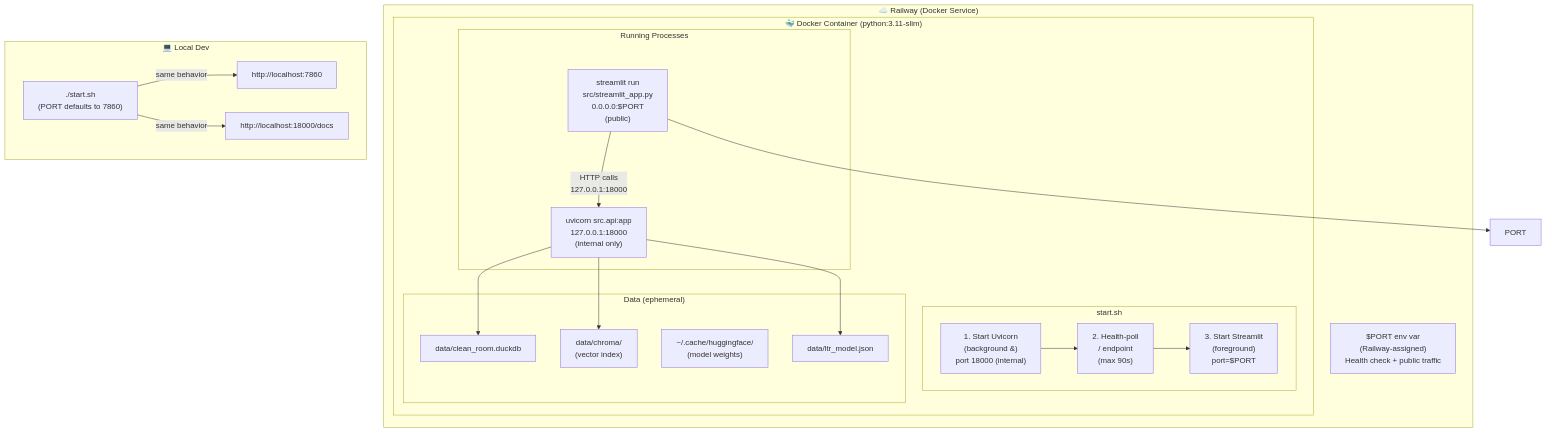
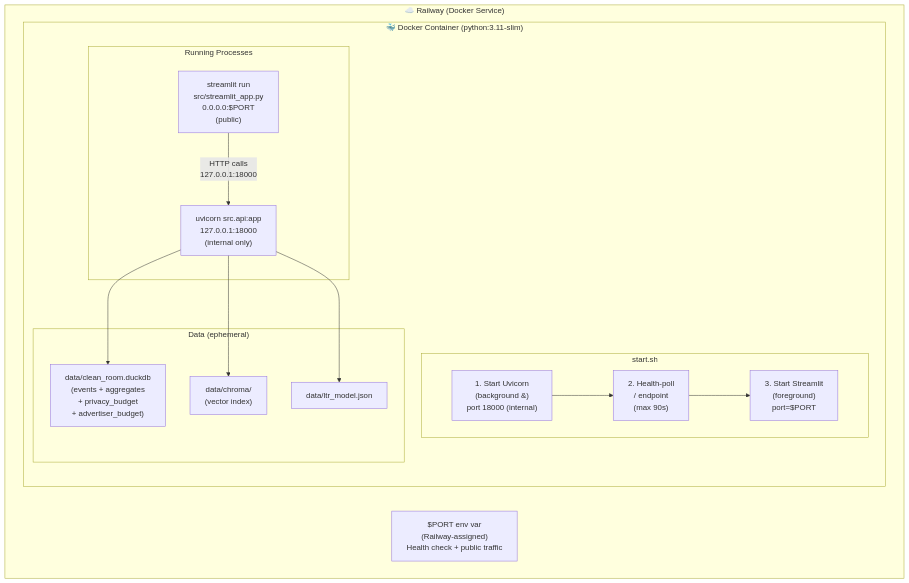
The eighth of 8 diagrams in README.md (shubham0915/rmn-shyftlabs), drawn with Mermaid before and after one commit. The commit also changed other lines of this file and 4 other files, not shown here.

````diff
--- a/README.md
+++ b/README.md
@@ -273,42 +363,31 @@
 ```mermaid
 flowchart TB
     subgraph RAILWAY["☁️ Railway (Docker Service)"]
         subgraph DOCKER["🐳 Docker Container (python:3.11-slim)"]
             subgraph STARTUP["start.sh"]
                 S1["1. Start Uvicorn\n(background &)\nport 18000 (internal)"]
                 S2["2. Health-poll\n/  endpoint\n(max 90s)"]
                 S3["3. Start Streamlit\n(foreground)\nport=$PORT"]
                 S1 --> S2 --> S3
             end
 
             subgraph PROCS["Running Processes"]
                 UVICORN["uvicorn src.api:app\n127.0.0.1:18000\n(internal only)"]
                 STREAMLIT["streamlit run\nsrc/streamlit_app.py\n0.0.0.0:$PORT\n(public)"]
             end
 
             subgraph VOLUMES["Data (ephemeral)"]
-                DUCKDB_F["data/clean_room.duckdb"]
+                DUCKDB_F["data/clean_room.duckdb\n(events + aggregates\n+ privacy_budget\n+ advertiser_budget)"]
                 CHROMA_F["data/chroma/\n(vector index)"]
-                MODEL_F["~/.cache/huggingface/\n(model weights)"]
                 XGB_F["data/ltr_model.json"]
             end
         end
 
         PORT_ENV["$PORT env var\n(Railway-assigned)\nHealth check + public traffic"]
     end
 
-    subgraph LOCAL["💻 Local Dev"]
-        SH["./start.sh\n(PORT defaults to 7860)"]
-        LOCAL_UI["http://localhost:7860"]
-        LOCAL_API["http://localhost:18000/docs"]
-    end
-
     STREAMLIT -->|"HTTP calls\n127.0.0.1:18000"| UVICORN
     UVICORN --> DUCKDB_F
     UVICORN --> CHROMA_F
     UVICORN --> XGB_F
-    STREAMLIT --> PORT
-
-    SH -->|"same behavior"| LOCAL_UI
-    SH -->|"same behavior"| LOCAL_API
 ```
````
